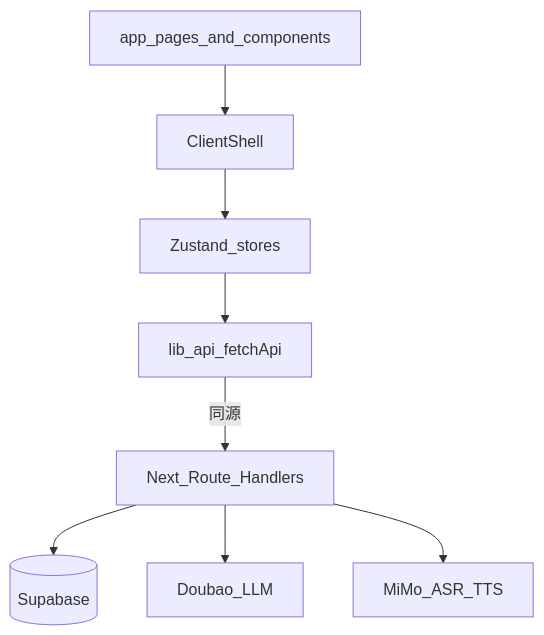
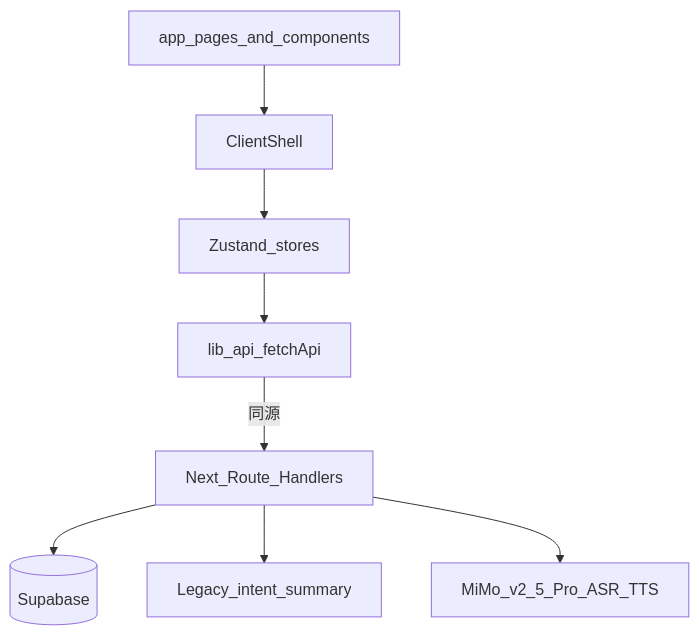
Before and after one commit to AIMFllys/SangZi_Care: the diagram in docs/详解/项目结构详解.md, drawn with Mermaid. The commit also changed other lines of this file and 26 other files, not shown here.

````diff
--- a/docs/详解/项目结构详解.md
+++ b/docs/详解/项目结构详解.md
@@ -328,18 +332,18 @@
 ```mermaid
 flowchart TB
   UI[app_pages_and_components]
   Shell[ClientShell]
   Stores[Zustand_stores]
   Api[lib_api_fetchApi]
   EdgeNext[Next_Route_Handlers]
   SB[(Supabase)]
-  Doubao[Doubao_LLM]
-  MiMo[MiMo_ASR_TTS]
+  Doubao[Legacy_intent_summary]
+  MiMo[MiMo_v2_5_Pro_ASR_TTS]
   UI --> Shell
   Shell --> Stores
   Stores --> Api
   Api -->|"同源"| EdgeNext
   EdgeNext --> SB
   EdgeNext --> Doubao
   EdgeNext --> MiMo
 ```
````
